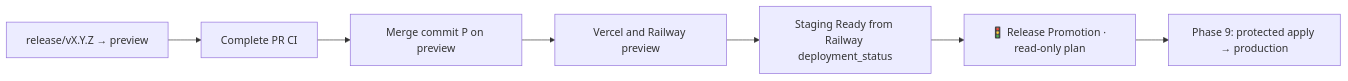
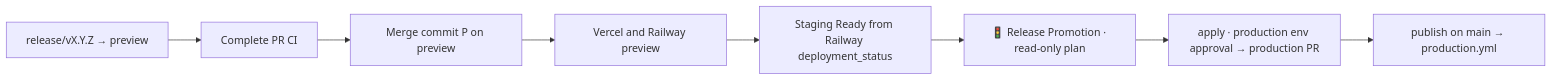
One commit to neogenz/pulpe changed the second of 2 diagrams in docs/CI.md. Above: the diagram before and after it, drawn with Mermaid. The commit also changed other lines of this file and 26 other files, not shown here.

````diff
--- a/docs/CI.md
+++ b/docs/CI.md
@@ -107,9 +107,10 @@
 ```mermaid
 flowchart LR
     PR["release/vX.Y.Z → preview"] --> CI["Complete PR CI"]
     CI --> Merge["Merge commit P on preview"]
     Merge --> Deploy["Vercel and Railway preview"]
     Deploy --> Proof["Staging Ready from Railway deployment_status"]
     Proof --> Plan["🚦 Release Promotion · read-only plan"]
-    Plan --> Apply["Phase 9: protected apply → production"]
+    Plan --> Apply["apply · production env approval → production PR"]
+    Apply --> Publish["publish on main → production.yml"]
 ```
````
